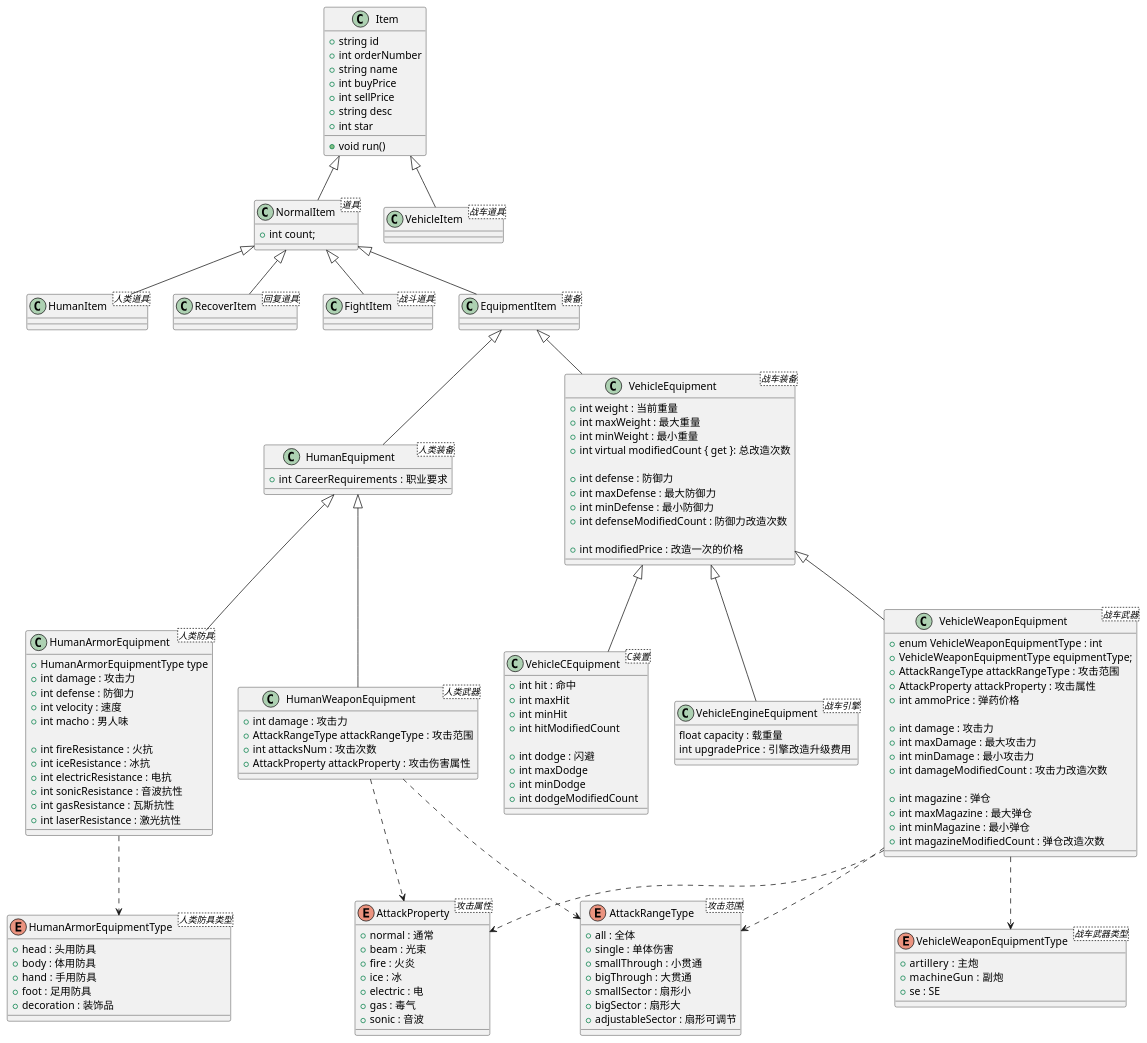
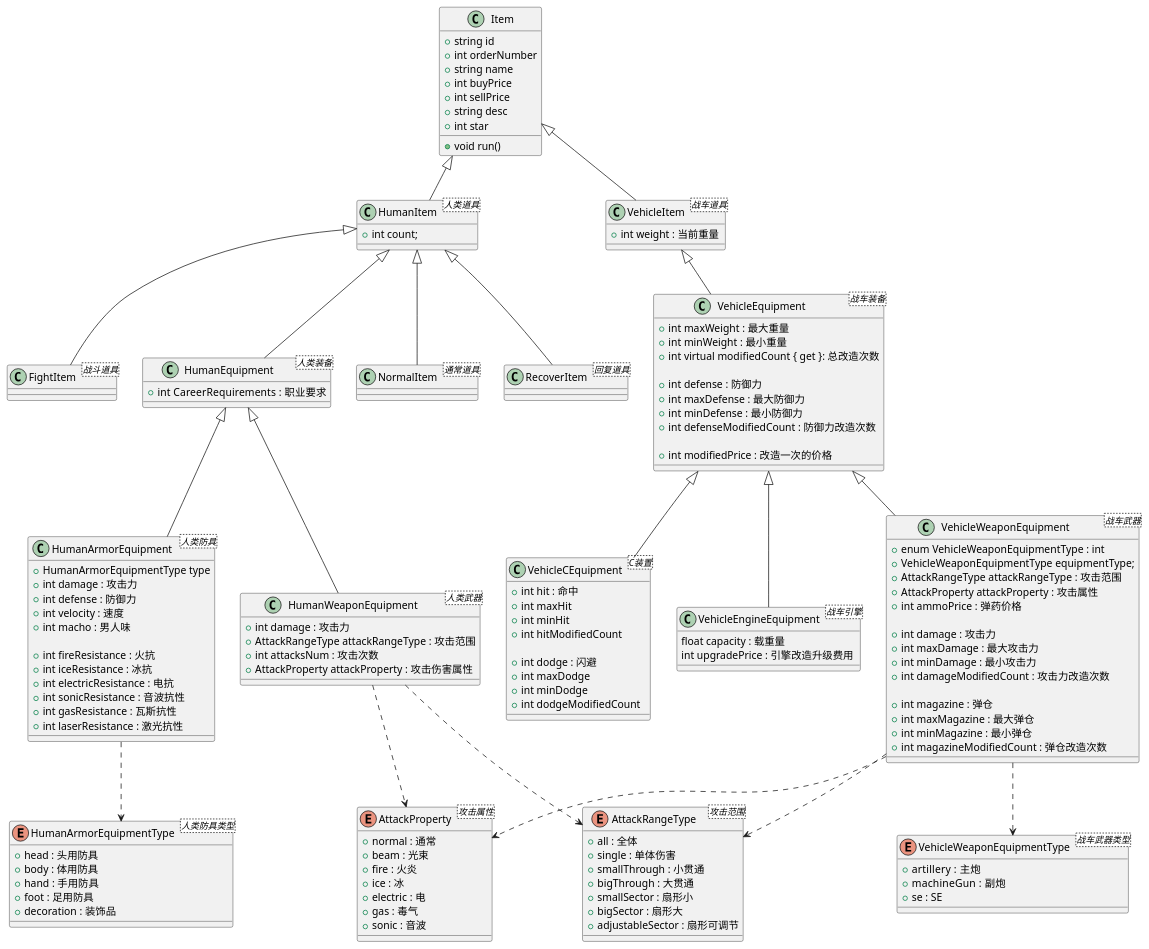
Before and after one commit to Finb/MMX: the diagram in Docs/ClassDiagram/Item.pu, drawn with PlantUML.

Commit message:
add class diagram of Item

```diff
--- a/Docs/ClassDiagram/Item.pu
+++ b/Docs/ClassDiagram/Item.pu
@@ -1,181 +1,173 @@
 @startuml Item 
-Item <|-- NormalItem
-NormalItem <|-- HumanItem
-NormalItem <|-- RecoverItem
-NormalItem <|-- FightItem
-NormalItem <|-- EquipmentItem
-EquipmentItem <|-- HumanEquipment
-EquipmentItem <|-- VehicleEquipment
-
+Item <|-- HumanItem
+HumanItem <|-- NormalItem
+HumanItem <|-- RecoverItem
+HumanItem <|-- FightItem
+HumanItem <|-- HumanEquipment
 HumanEquipment <|-- HumanWeaponEquipment
 HumanWeaponEquipment ..>  AttackProperty
 HumanWeaponEquipment ..>  AttackRangeType
 HumanEquipment <|-- HumanArmorEquipment
 HumanArmorEquipment ..> HumanArmorEquipmentType
 
+Item <|-- VehicleItem
+VehicleItem <|-- VehicleEquipment
 VehicleEquipment <|-- VehicleWeaponEquipment
 VehicleWeaponEquipment ..>  AttackProperty
 VehicleWeaponEquipment ..>  AttackRangeType
 VehicleWeaponEquipment ..> VehicleWeaponEquipmentType
-
 VehicleEquipment <|-- VehicleCEquipment
 VehicleEquipment <|-- VehicleEngineEquipment
 
-Item <|-- VehicleItem
+
 class Item 
 {
    + string id
    + int orderNumber
    + string name
    + int buyPrice
    + int sellPrice
    + string desc
    + int star
    + void run()
 }
-class NormalItem <道具>
+
+class HumanItem  <人类道具>
 {
     + int count;
 }
-
-class HumanItem  <人类道具>
+class NormalItem <通常道具>
 {
-
+    
 }
 class RecoverItem <回复道具>
 {
 
 }
 class FightItem <战斗道具>
-{
-
-}
-class EquipmentItem <装备>
 {
 
 }
 class HumanEquipment <人类装备>
 {
     + int CareerRequirements :  职业要求
 }
 class HumanWeaponEquipment <人类武器>
 {
 
     + int damage : 攻击力
     + AttackRangeType attackRangeType : 攻击范围
     + int attacksNum : 攻击次数
     + AttackProperty attackProperty : 攻击伤害属性
-}
-
-enum HumanArmorEquipmentType <人类防具类型>
-{
-    + head : 头用防具
-    + body : 体用防具
-    + hand : 手用防具
-    + foot : 足用防具
-    + decoration : 装饰品
 }
 
 class HumanArmorEquipment <人类防具>
 {
     + HumanArmorEquipmentType type
     + int damage : 攻击力
     + int defense : 防御力
     + int velocity : 速度
     + int macho : 男人味
 
     + int fireResistance : 火抗
     + int iceResistance : 冰抗
     + int electricResistance : 电抗
     + int sonicResistance : 音波抗性
     + int gasResistance : 瓦斯抗性
     + int laserResistance : 激光抗性
 }
 
+class VehicleItem <战车道具>
+{
+    + int weight : 当前重量
+}
+
 class VehicleEquipment <战车装备>
 {
-    + int weight : 当前重量
     + int maxWeight : 最大重量
     + int minWeight : 最小重量
     + int virtual modifiedCount { get }: 总改造次数 
 
     + int defense : 防御力
     + int maxDefense : 最大防御力
     + int minDefense : 最小防御力
     + int defenseModifiedCount : 防御力改造次数
 
     + int modifiedPrice : 改造一次的价格
-}
-enum VehicleWeaponEquipmentType <战车武器类型>
-{
-    + artillery  : 主炮
-    + machineGun  : 副炮
-    + se : SE
 }
 
 class VehicleWeaponEquipment <战车武器>
 {
     + enum VehicleWeaponEquipmentType : int
     + VehicleWeaponEquipmentType equipmentType;
     + AttackRangeType attackRangeType : 攻击范围
     + AttackProperty attackProperty : 攻击属性
     + int ammoPrice : 弹药价格
 
     + int damage : 攻击力
     + int maxDamage : 最大攻击力
     + int minDamage : 最小攻击力
     + int damageModifiedCount : 攻击力改造次数
 
     + int magazine : 弹仓
     + int maxMagazine : 最大弹仓
     + int minMagazine : 最小弹仓
     + int magazineModifiedCount : 弹仓改造次数
 }
 
 class VehicleCEquipment <C装置>
 {
     
     + int hit : 命中
     + int maxHit
     + int minHit
     + int hitModifiedCount
 
     + int dodge : 闪避
     + int maxDodge
     + int minDodge
     + int dodgeModifiedCount
 }
 
 class VehicleEngineEquipment <战车引擎>
 {
     float capacity : 载重量
     int upgradePrice : 引擎改造升级费用
 }
 
-class VehicleItem <战车道具>
+enum HumanArmorEquipmentType <人类防具类型>
 {
-
+    + head : 头用防具
+    + body : 体用防具
+    + hand : 手用防具
+    + foot : 足用防具
+    + decoration : 装饰品
 }
-
+enum VehicleWeaponEquipmentType <战车武器类型>
+{
+    + artillery  : 主炮
+    + machineGun  : 副炮
+    + se : SE
+}
 enum AttackProperty <攻击属性>
 {
     + normal : 通常
     + beam : 光束
     + fire : 火炎
     + ice : 冰
     + electric : 电
     + gas : 毒气
     + sonic : 音波
 }
 enum AttackRangeType <攻击范围>
 {
     + all : 全体  
     + single : 单体伤害  
     + smallThrough : 小贯通  
     + bigThrough : 大贯通  
     + smallSector : 扇形小  
     + bigSector : 扇形大  
     + adjustableSector : 扇形可调节  
 }
 
 @enduml
```
